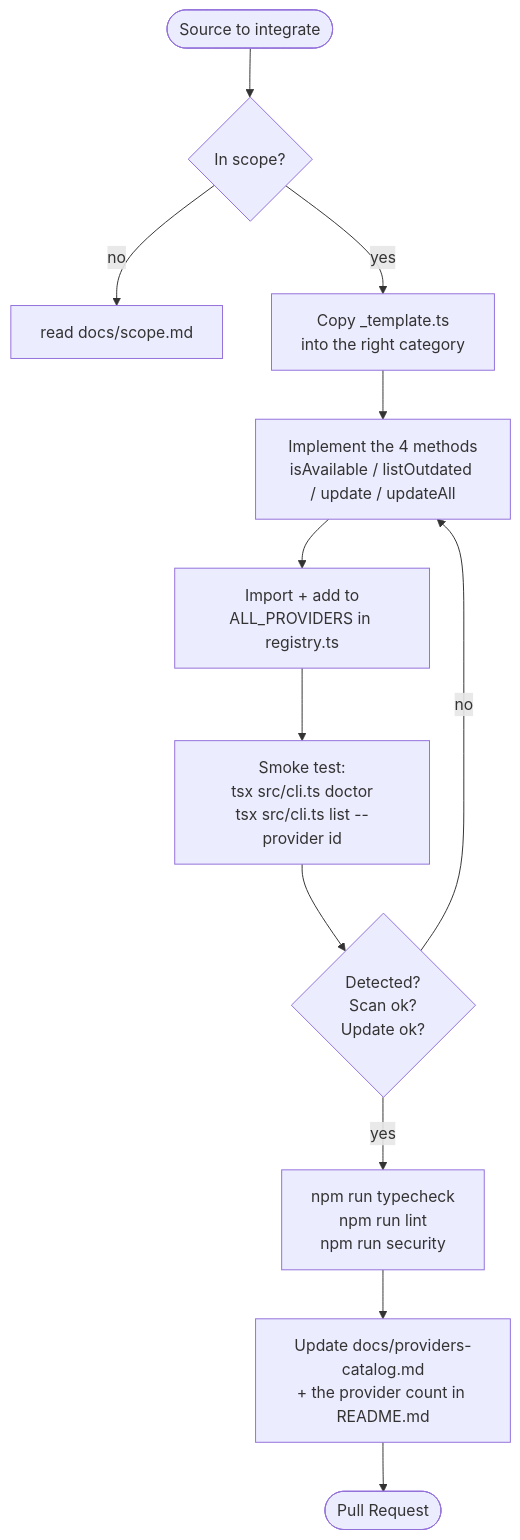
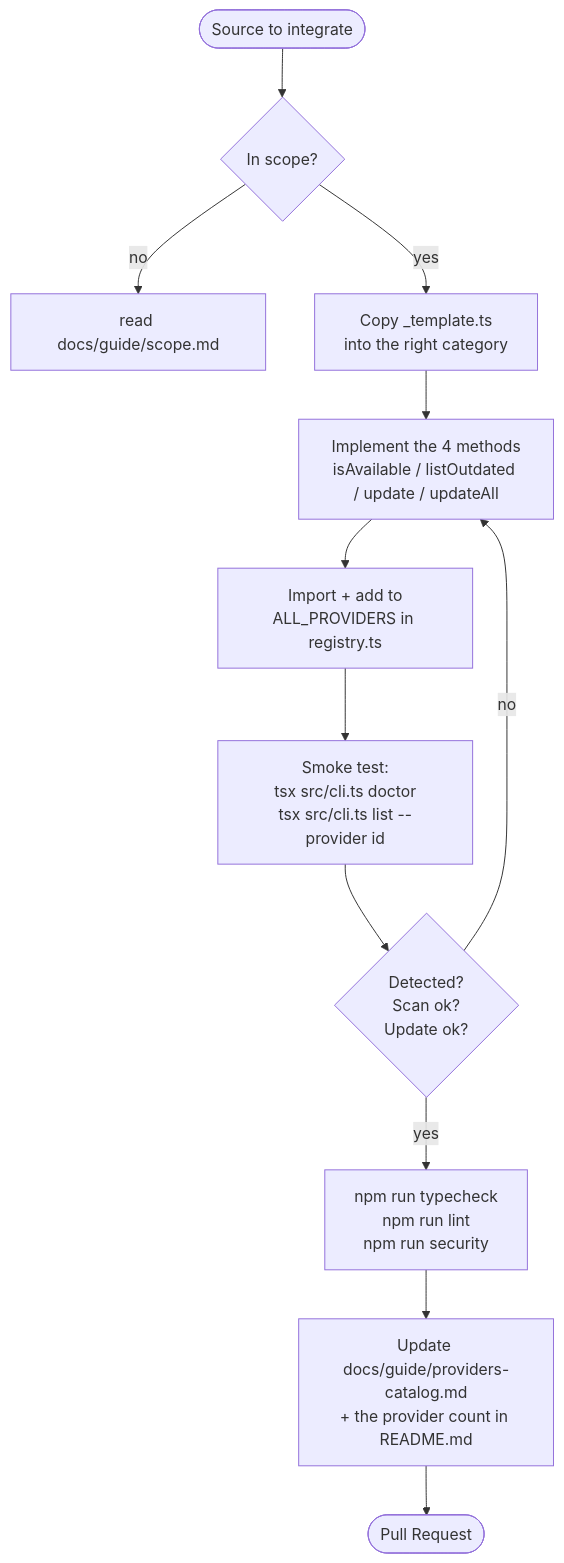
The first of 3 diagrams in CONTRIBUTING.md (LINDECKER-Charles/gup), drawn with Mermaid before and after one commit. The commit also changed other lines of this file and 18 other files, not shown here.

````diff
--- a/CONTRIBUTING.md
+++ b/CONTRIBUTING.md
@@ -52,14 +52,14 @@
 ```mermaid
 flowchart TD
     Start([Source to integrate]) --> Scope{In scope?}
-    Scope -->|no| OutOfScope[read docs/scope.md]
+    Scope -->|no| OutOfScope[read docs/guide/scope.md]
     Scope -->|yes| Copy[Copy _template.ts<br/>into the right category]
     Copy --> Impl[Implement the 4 methods<br/>isAvailable / listOutdated / update / updateAll]
     Impl --> Register[Import + add to<br/>ALL_PROVIDERS in registry.ts]
     Register --> Smoke[Smoke test:<br/>tsx src/cli.ts doctor<br/>tsx src/cli.ts list --provider id]
     Smoke --> Pass{Detected?<br/>Scan ok?<br/>Update ok?}
     Pass -->|no| Impl
     Pass -->|yes| Tests[npm run typecheck<br/>npm run lint<br/>npm run security]
-    Tests --> Doc[Update docs/providers-catalog.md<br/>+ the provider count in README.md]
+    Tests --> Doc[Update docs/guide/providers-catalog.md<br/>+ the provider count in README.md]
     Doc --> PR([Pull Request])
 ```
````
